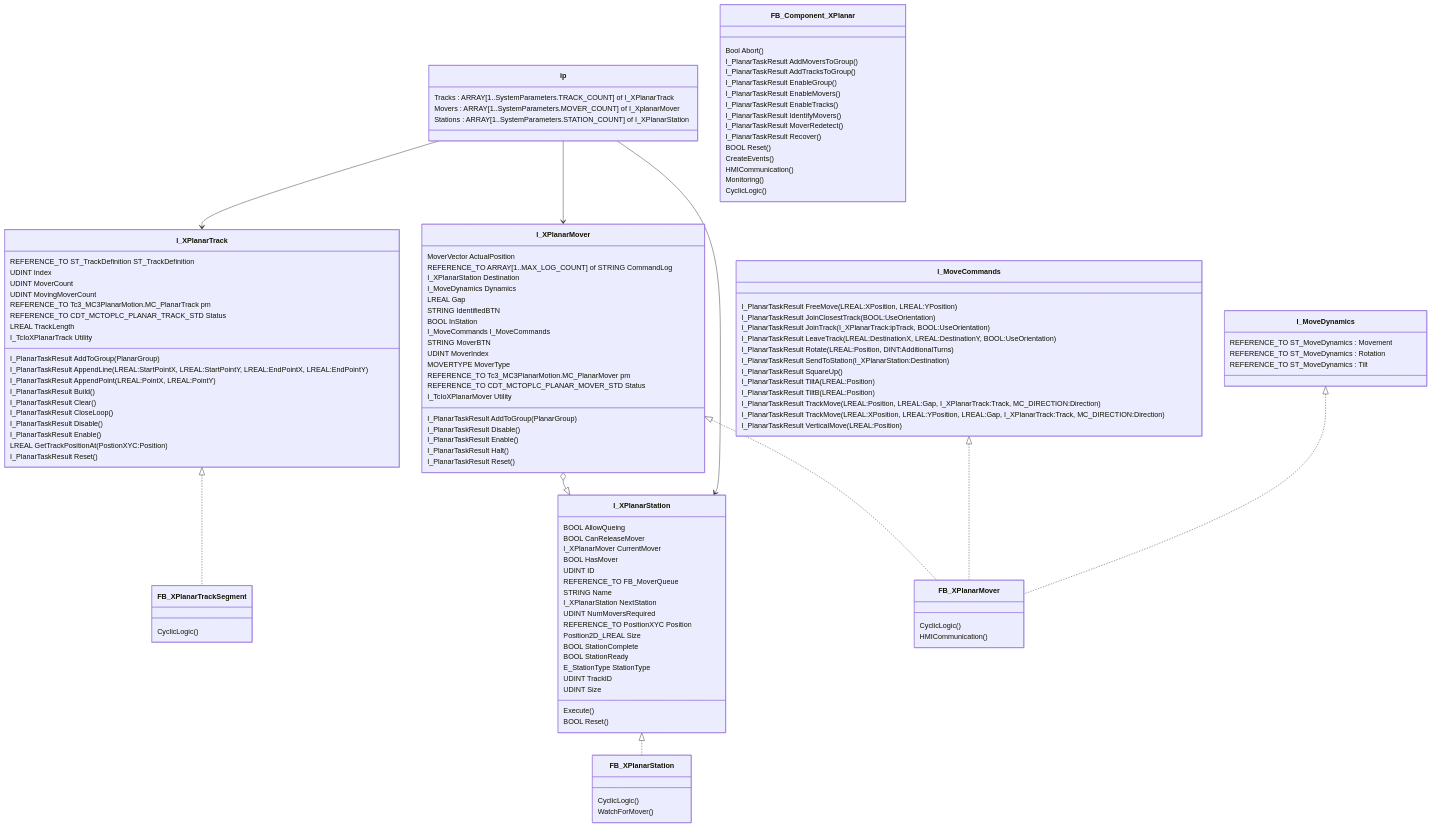
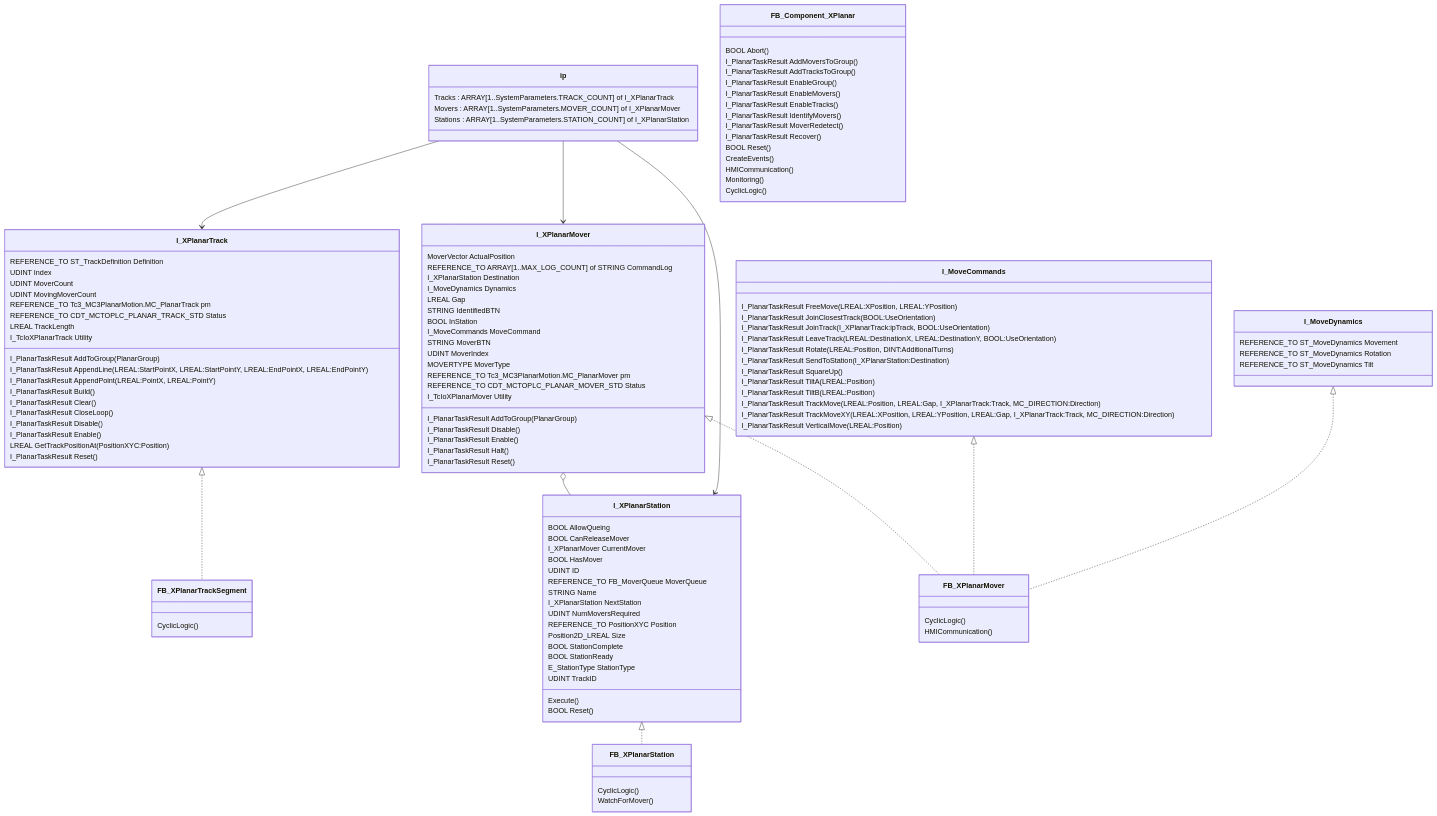
One commit to Beckhoff-USA-Community/XPlanarApplicationLibrary changed the diagram in docs/index.md. Above: the diagram before and after it, drawn with Mermaid. The commit also changed other lines of this file and 68 other files, not shown here.

````diff
--- a/docs/index.md
+++ b/docs/index.md
@@ -5,18 +5,18 @@
-``` mermaid
+```mermaid
 classDiagram
     I_XPlanarTrack <|.. FB_XPlanarTrackSegment
-    I_XPlanarStation <|.. FB_XPlanarStation 
-    I_XPlanarMover o--|> I_XPlanarStation
+    I_XPlanarStation <|.. FB_XPlanarStation
+    I_XPlanarMover o-- I_XPlanarStation
     I_XPlanarMover <|.. FB_XPlanarMover
     I_MoveCommands <|.. FB_XPlanarMover
     I_MoveDynamics <|.. FB_XPlanarMover
-    
+
     ip --> I_XPlanarMover
     ip --> I_XPlanarTrack
-    ip --> I_XPlanarStation  
+    ip --> I_XPlanarStation
 
     class FB_Component_XPlanar{
-      Bool Abort()
+      BOOL Abort()
       I_PlanarTaskResult AddMoversToGroup()
       I_PlanarTaskResult AddTracksToGroup()
       I_PlanarTaskResult EnableGroup()
@@ -39,14 +39,14 @@
       LREAL Gap
       STRING IdentifiedBTN
       BOOL InStation
-      I_MoveCommands I_MoveCommands
+      I_MoveCommands MoveCommand
       STRING MoverBTN
       UDINT MoverIndex
       MOVERTYPE MoverType
       REFERENCE_TO Tc3_MC3PlanarMotion.MC_PlanarMover pm
       REFERENCE_TO CDT_MCTOPLC_PLANAR_MOVER_STD Status
       I_TcIoXPlanarMover Utility
-      
+
       I_PlanarTaskResult AddToGroup(PlanarGroup)
       I_PlanarTaskResult Disable()
       I_PlanarTaskResult Enable()
@@ -65,14 +65,14 @@
       I_PlanarTaskResult TiltA(LREAL:Position)
       I_PlanarTaskResult TiltB(LREAL:Position)
       I_PlanarTaskResult TrackMove(LREAL:Position, LREAL:Gap, I_XPlanarTrack:Track, MC_DIRECTION:Direction)
-      I_PlanarTaskResult TrackMove(LREAL:XPosition, LREAL:YPosition, LREAL:Gap, I_XPlanarTrack:Track, MC_DIRECTION:Direction)
+      I_PlanarTaskResult TrackMoveXY(LREAL:XPosition, LREAL:YPosition, LREAL:Gap, I_XPlanarTrack:Track, MC_DIRECTION:Direction)
       I_PlanarTaskResult VerticalMove(LREAL:Position)
     }
 
     class I_MoveDynamics{
-      REFERENCE_TO ST_MoveDynamics : Movement
-      REFERENCE_TO ST_MoveDynamics : Rotation
-      REFERENCE_TO ST_MoveDynamics : Tilt
+      REFERENCE_TO ST_MoveDynamics Movement
+      REFERENCE_TO ST_MoveDynamics Rotation
+      REFERENCE_TO ST_MoveDynamics Tilt
     }
 
     class FB_XPlanarMover{
@@ -85,7 +85,7 @@
       I_XPlanarMover CurrentMover
       BOOL HasMover
       UDINT ID
-      REFERENCE_TO FB_MoverQueue
+      REFERENCE_TO FB_MoverQueue MoverQueue
       STRING Name
       I_XPlanarStation NextStation
       UDINT NumMoversRequired
@@ -95,7 +95,6 @@
       BOOL StationReady
       E_StationType StationType
       UDINT TrackID
-      UDINT Size
 
       Execute()
       BOOL Reset()
@@ -105,7 +104,7 @@
       WatchForMover()
     }
     class I_XPlanarTrack{
-      REFERENCE_TO ST_TrackDefinition ST_TrackDefinition
+      REFERENCE_TO ST_TrackDefinition Definition
       UDINT Index
       UDINT MoverCount
       UDINT MovingMoverCount
@@ -122,7 +121,7 @@
       I_PlanarTaskResult CloseLoop()
       I_PlanarTaskResult Disable()
       I_PlanarTaskResult Enable()
-      LREAL GetTrackPositionAt(PostionXYC:Position)
+      LREAL GetTrackPositionAt(PositionXYC:Position)
       I_PlanarTaskResult Reset()
 
     }
@@ -132,7 +131,7 @@
 
     class ip{
       Tracks : ARRAY[1..SystemParameters.TRACK_COUNT] of I_XPlanarTrack
-      Movers : ARRAY[1..SystemParameters.MOVER_COUNT] of I_XplanarMover
+      Movers : ARRAY[1..SystemParameters.MOVER_COUNT] of I_XPlanarMover
       Stations : ARRAY[1..SystemParameters.STATION_COUNT] of I_XPlanarStation
     }
 
````
